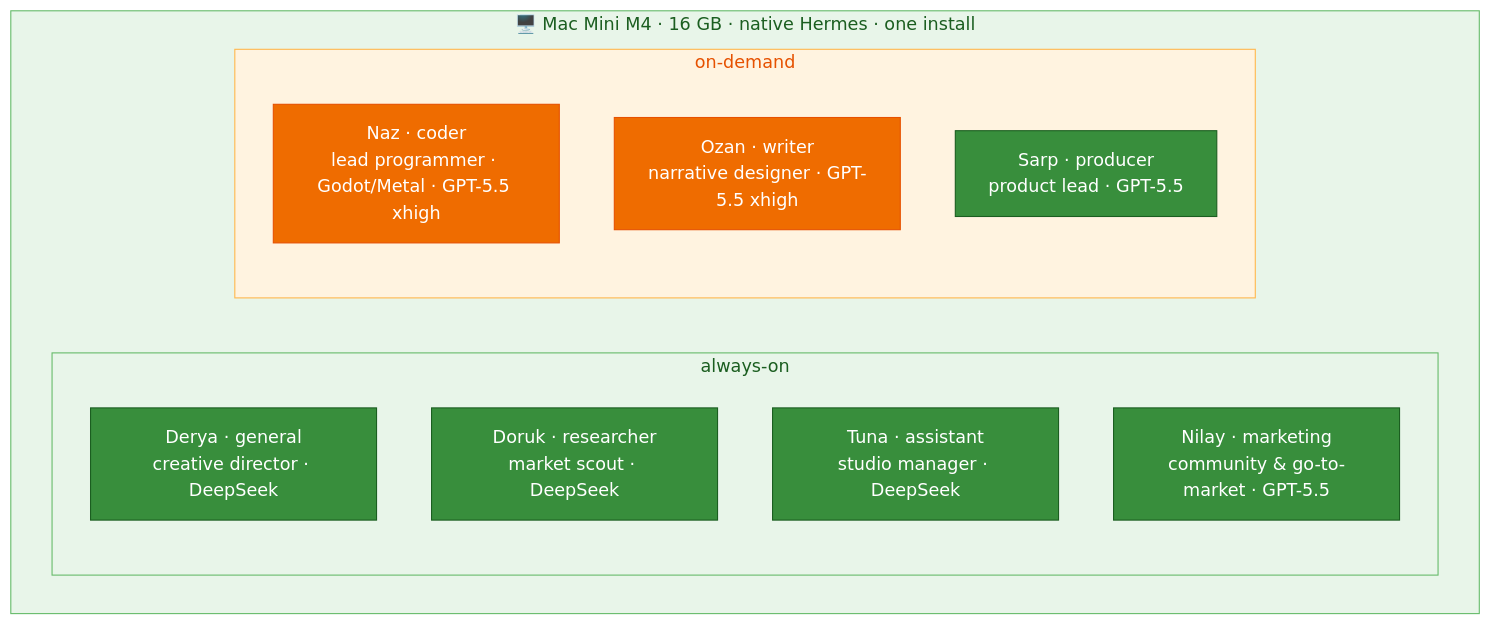
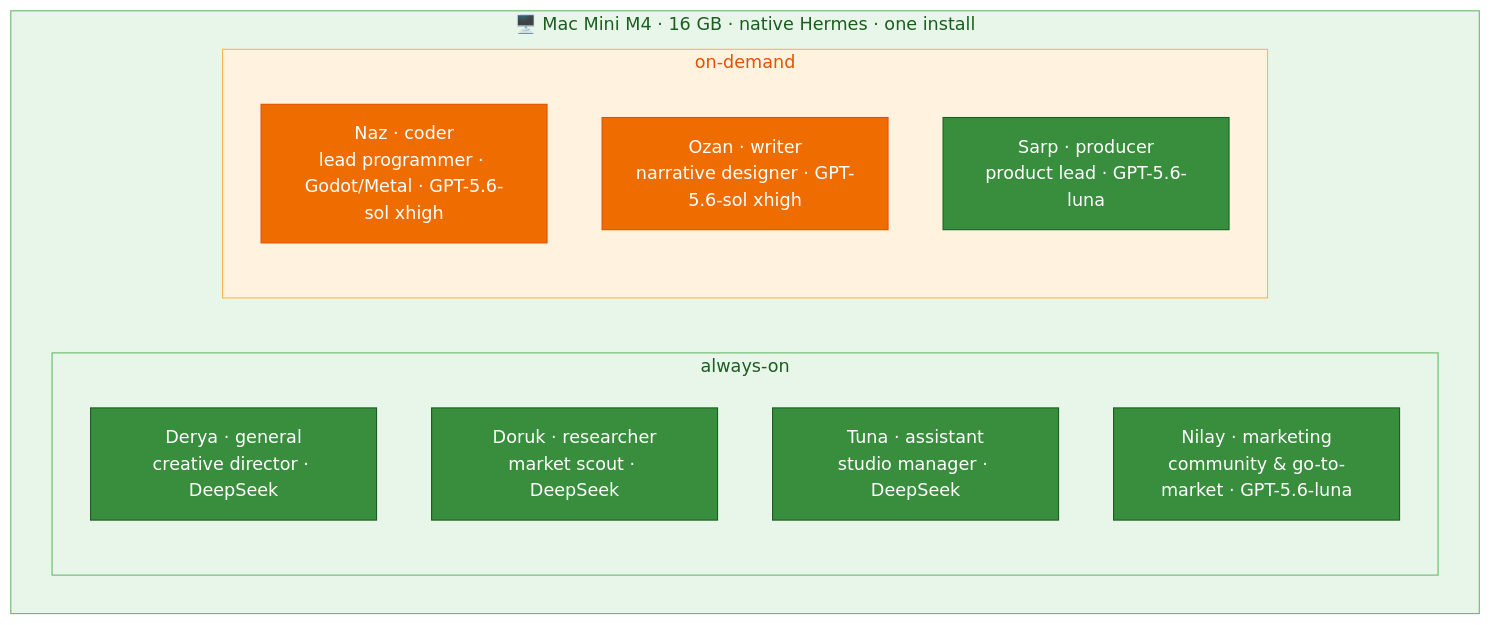
Before and after one commit to mpolatcan/hermes-setup: the diagram in docs/02-agents.md, drawn with Mermaid (forest theme). The commit also changed other lines of this file and 4 other files, not shown here.

First line of the commit message:
docs: migrate fleet to GPT-5.6 tiers (sol/terra/luna)

````diff
--- a/docs/02-agents.md
+++ b/docs/02-agents.md
@@ -7,21 +7,21 @@
 ```mermaid
 flowchart TB
     subgraph Mini["🖥️ Mac Mini M4 · 16 GB · native Hermes · one install"]
         subgraph always["always-on"]
             general["Derya · general<br/>creative director · DeepSeek"]:::mini
             researcher["Doruk · researcher<br/>market scout · DeepSeek"]:::mini
             assistant["Tuna · assistant<br/>studio manager · DeepSeek"]:::mini
-            marketing["Nilay · marketing<br/>community & go-to-market · GPT-5.5"]:::mini
+            marketing["Nilay · marketing<br/>community & go-to-market · GPT-5.6-luna"]:::mini
         end
         subgraph demand["on-demand"]
-            coder["Naz · coder<br/>lead programmer · Godot/Metal · GPT-5.5 xhigh"]:::codex
-            writer["Ozan · writer<br/>narrative designer · GPT-5.5 xhigh"]:::codex
-            producer["Sarp · producer<br/>product lead · GPT-5.5"]:::mini
+            coder["Naz · coder<br/>lead programmer · Godot/Metal · GPT-5.6-sol xhigh"]:::codex
+            writer["Ozan · writer<br/>narrative designer · GPT-5.6-sol xhigh"]:::codex
+            producer["Sarp · producer<br/>product lead · GPT-5.6-luna"]:::mini
         end
     end
     classDef mini fill:#388E3C,stroke:#1B5E20,color:#fff
     classDef codex fill:#EF6C00,stroke:#E65100,color:#fff
     style Mini fill:#E8F5E9,stroke:#66BB6A,color:#1B5E20
     style always fill:#E8F5E9,stroke:#66BB6A,color:#1B5E20
     style demand fill:#FFF3E0,stroke:#FFB74D,color:#E65100
 ```
````
